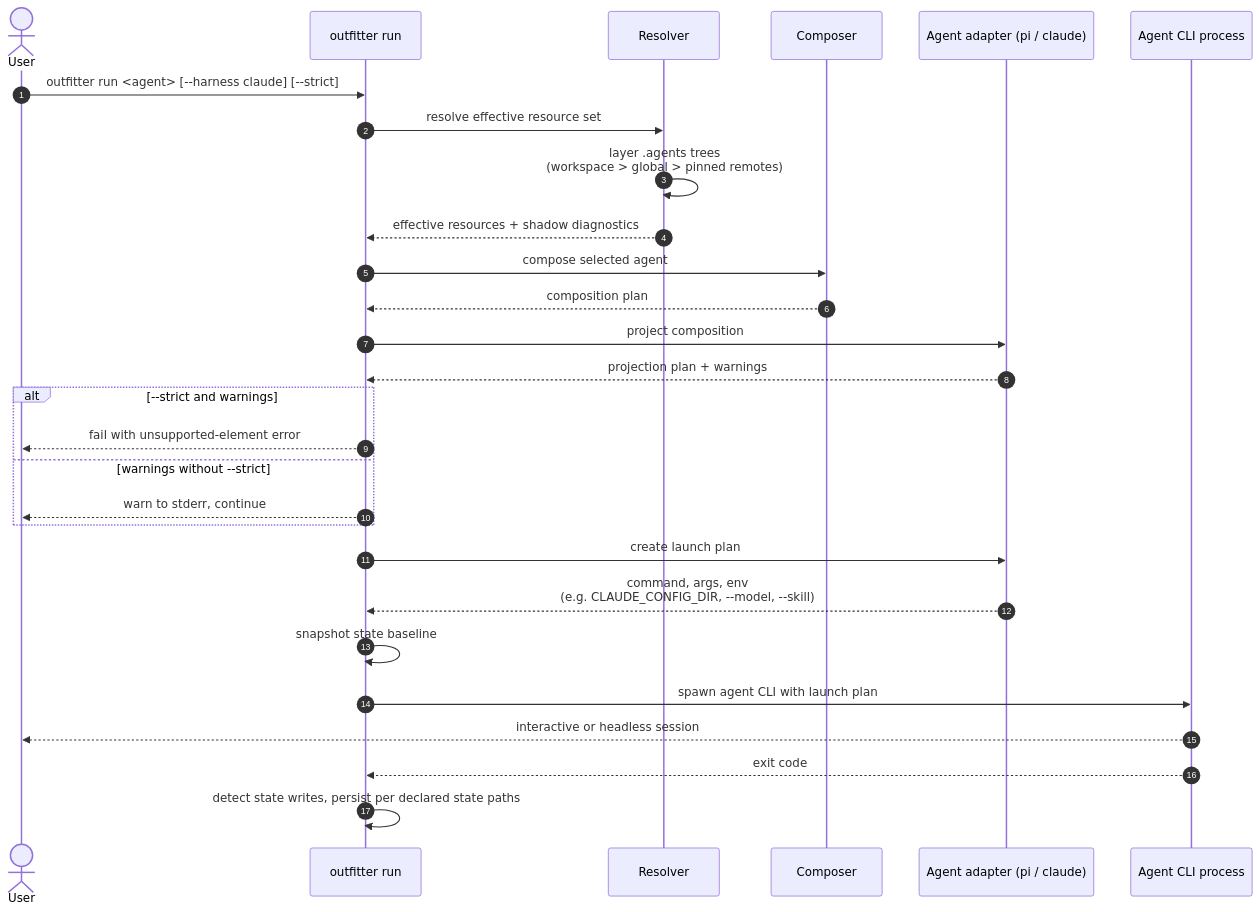
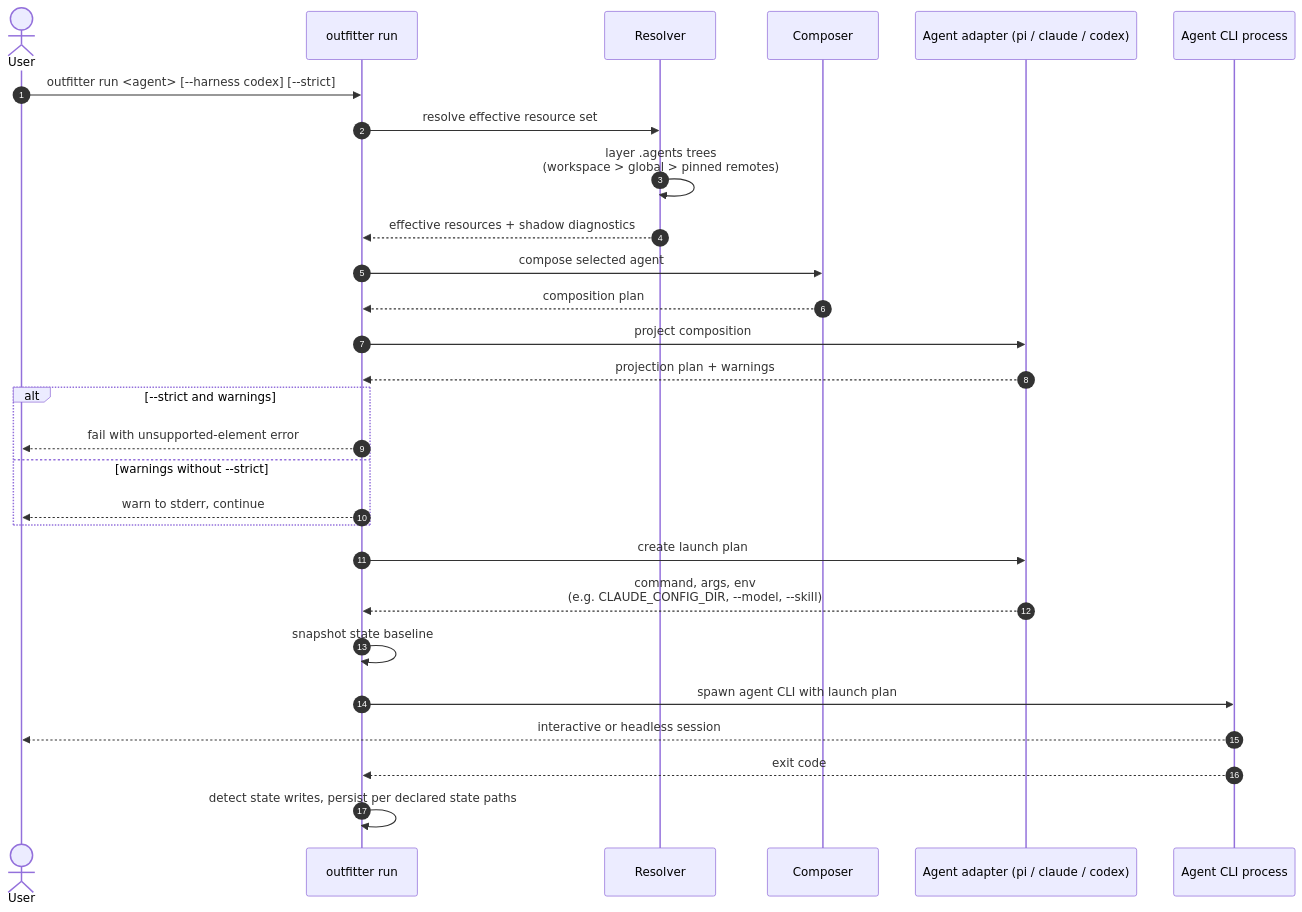
Before and after one commit to ai-outfitter/outfitter: the second of 3 diagrams in docs/architecture/diagrams.md, drawn with Mermaid. The commit also changed other lines of this file and 25 other files, not shown here.

Commit message:
feat(harness): add codex harness with additive MCP projection

````diff
--- a/docs/architecture/diagrams.md
+++ b/docs/architecture/diagrams.md
@@ -43,31 +45,31 @@
 ```mermaid
 sequenceDiagram
   autonumber
   actor User
   participant CLI as outfitter run
   participant Resolver as Resolver
   participant Composer as Composer
-  participant Adapter as Agent adapter (pi / claude)
+  participant Adapter as Agent adapter (pi / claude / codex)
   participant Agent as Agent CLI process
 
-  User->>CLI: outfitter run <agent> [--harness claude] [--strict]
+  User->>CLI: outfitter run <agent> [--harness codex] [--strict]
   CLI->>Resolver: resolve effective resource set
   Resolver->>Resolver: layer .agents trees<br>(workspace > global > pinned remotes)
   Resolver-->>CLI: effective resources + shadow diagnostics
   CLI->>Composer: compose selected agent
   Composer-->>CLI: composition plan
   CLI->>Adapter: project composition
   Adapter-->>CLI: projection plan + warnings
   alt --strict and warnings
     CLI-->>User: fail with unsupported-element error
   else warnings without --strict
     CLI-->>User: warn to stderr, continue
   end
   CLI->>Adapter: create launch plan
   Adapter-->>CLI: command, args, env<br>(e.g. CLAUDE_CONFIG_DIR, --model, --skill)
   CLI->>CLI: snapshot state baseline
   CLI->>Agent: spawn agent CLI with launch plan
   Agent-->>User: interactive or headless session
   Agent-->>CLI: exit code
   CLI->>CLI: detect state writes, persist per declared state paths
 ```
````
